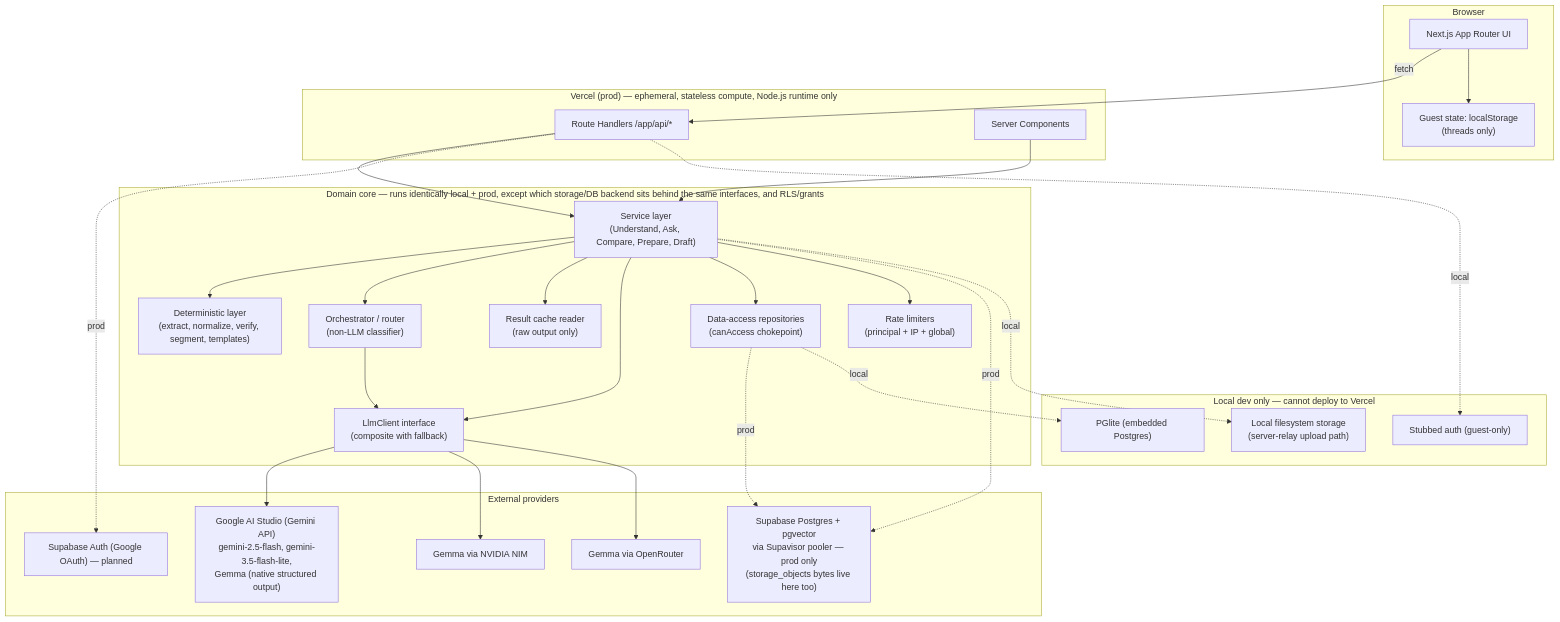
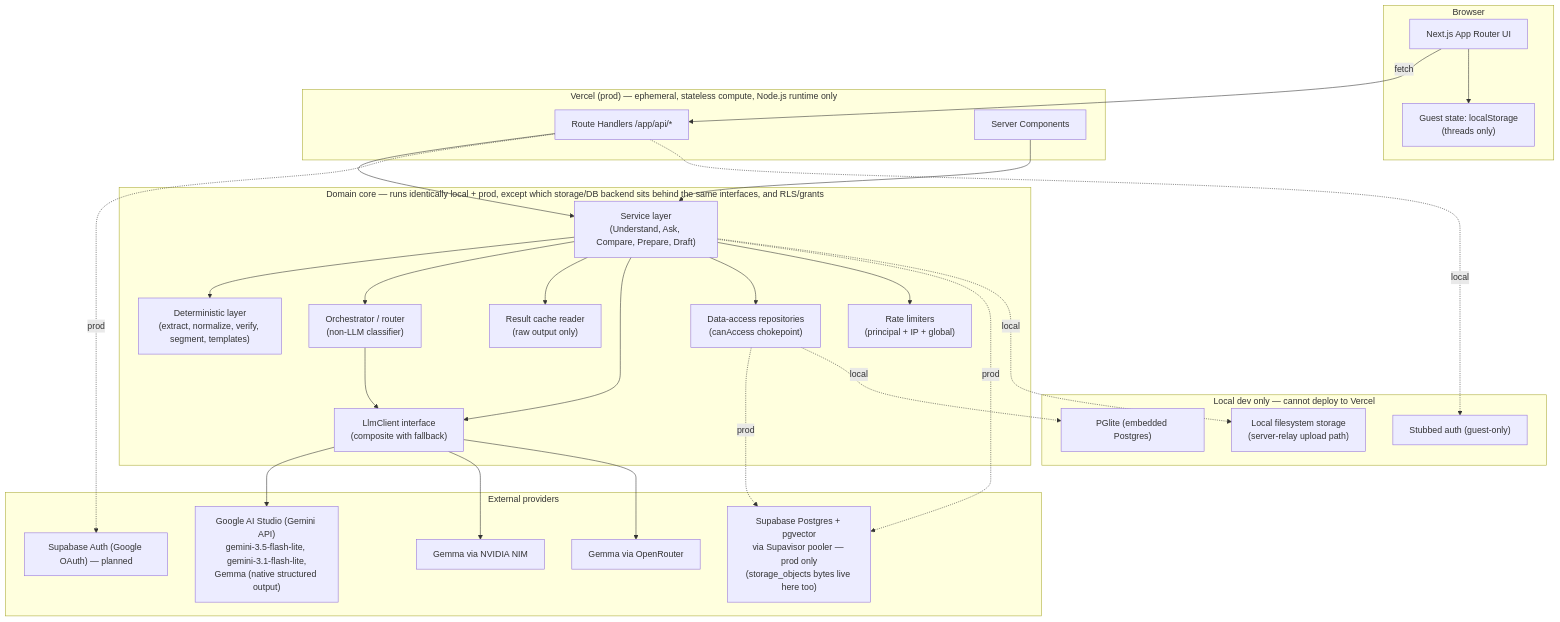
Before and after one commit to SawhneySatvik/sanad: the first of 6 diagrams in docs/ARCHITECTURE.md, drawn with Mermaid. The commit also changed other lines of this file and 1 other file, not shown here.

Commit message:
Docs name the Flash Lite model chain and its daily quotas

````diff
--- a/docs/ARCHITECTURE.md
+++ b/docs/ARCHITECTURE.md
@@ -51,57 +51,57 @@
 ```mermaid
 flowchart TB
     subgraph Client["Browser"]
         UI["Next.js App Router UI"]
         LocalState["Guest state: localStorage\n(threads only)"]
     end
 
     subgraph Vercel["Vercel (prod) — ephemeral, stateless compute, Node.js runtime only"]
         RouteHandlers["Route Handlers /app/api/*"]
         ServerComponents["Server Components"]
     end
 
     subgraph DomainCore["Domain core — runs identically local + prod, except which storage/DB backend sits behind the same interfaces, and RLS/grants"]
         Services["Service layer\n(Understand, Ask, Compare, Prepare, Draft)"]
         Deterministic["Deterministic layer\n(extract, normalize, verify, segment, templates)"]
         Orchestrator["Orchestrator / router\n(non-LLM classifier)"]
         Repos["Data-access repositories\n(canAccess chokepoint)"]
         LlmClient["LlmClient interface\n(composite with fallback)"]
         RateLimiters["Rate limiters\n(principal + IP + global)"]
         Cache["Result cache reader\n(raw output only)"]
     end
 
     subgraph Providers["External providers"]
-        GeminiAPI["Google AI Studio (Gemini API)\ngemini-2.5-flash, gemini-3.5-flash-lite,\nGemma (native structured output)"]
+        GeminiAPI["Google AI Studio (Gemini API)\ngemini-3.5-flash-lite, gemini-3.1-flash-lite,\nGemma (native structured output)"]
         NIM["Gemma via NVIDIA NIM"]
         OpenRouter["Gemma via OpenRouter"]
         SupaAuth["Supabase Auth (Google OAuth) — planned"]
         SupaDB["Supabase Postgres + pgvector\nvia Supavisor pooler — prod only\n(storage_objects bytes live here too)"]
     end
 
     subgraph LocalDev["Local dev only — cannot deploy to Vercel"]
         PGlite["PGlite (embedded Postgres)"]
         LocalFS["Local filesystem storage\n(server-relay upload path)"]
         StubAuth["Stubbed auth (guest-only)"]
     end
 
     UI -->|fetch| RouteHandlers
     UI --> LocalState
     RouteHandlers --> Services
     ServerComponents --> Services
     Services --> Deterministic
     Services --> Orchestrator
     Services --> Cache
     Orchestrator --> LlmClient
     Services --> LlmClient
     LlmClient --> GeminiAPI
     LlmClient --> NIM
     LlmClient --> OpenRouter
     Services --> Repos
     Services --> RateLimiters
     Repos -.prod.-> SupaDB
     Repos -.local.-> PGlite
     RouteHandlers -.prod.-> SupaAuth
     RouteHandlers -.local.-> StubAuth
     Services -.prod.-> SupaDB
     Services -.local.-> LocalFS
 ```
````
